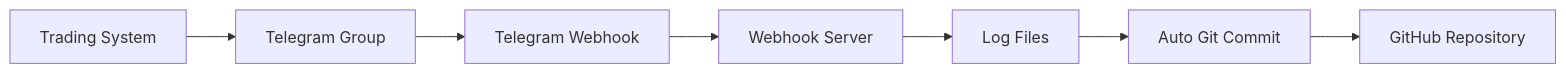
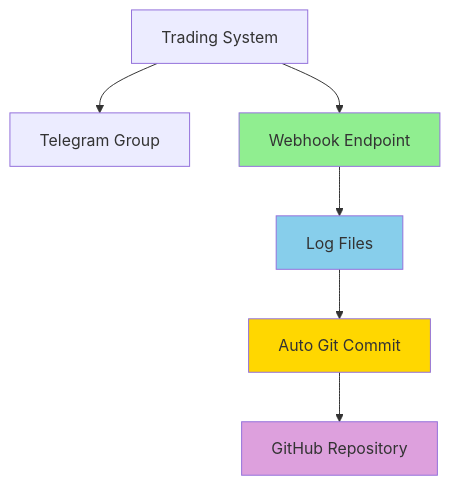
One commit to deeptradings/myautotrading changed the first of 2 diagrams in README.md. Above: the diagram before and after it, drawn with Mermaid. The commit also changed other lines of this file, not shown here.

Commit message:
Auto-commit trading logs at 2026-02-23T13:51:02+08:00

````diff
--- a/README.md
+++ b/README.md
@@ -23,9 +23,13 @@
 ```mermaid
-graph LR
+graph TD
     A[Trading System] --> B[Telegram Group]
-    B --> C[Telegram Webhook]
-    C --> D[Webhook Server]
-    D --> E[Log Files]
-    E --> F[Auto Git Commit]
-    F --> G[GitHub Repository]
+    A --> C[Webhook Endpoint]
+    C --> D[Log Files]
+    D --> E[Auto Git Commit]
+    E --> F[GitHub Repository]
+    
+    style C fill:#90EE90
+    style D fill:#87CEEB
+    style E fill:#FFD700
+    style F fill:#DDA0DD
 ```
````
